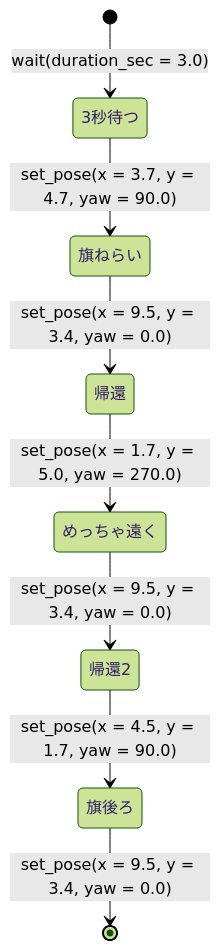
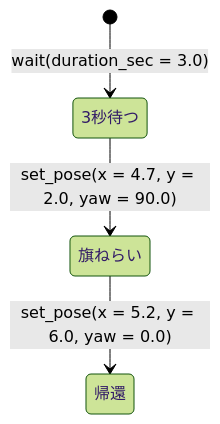
One commit to TNCT-Mechatech/2026A-ros changed the diagram in examples/natto_nhk2025_sample/state_graph/sample.md. Above: the diagram before and after it, drawn with Mermaid (forest theme).

Commit message:
feat(sample): update autonomous route

````diff
--- a/examples/natto_nhk2025_sample/state_graph/sample.md
+++ b/examples/natto_nhk2025_sample/state_graph/sample.md
@@ -1,16 +1,8 @@
 ```mermaid
 stateDiagram-v2
 
 [*] --> 3秒待つ : wait(duration_sec = 3.0)
-3秒待つ --> 旗ねらい : set_pose(x = 3.7, y = 4.7, yaw = 90.0)
-旗ねらい --> 帰還 : set_pose(x = 9.5, y = 3.4, yaw = 0.0)
-帰還 --> めっちゃ遠く : set_pose(x = 1.7, y = 5.0, yaw = 270.0)
-めっちゃ遠く --> 帰還2 : set_pose(x = 9.5, y = 3.4, yaw = 0.0)
-帰還2 --> 旗後ろ : set_pose(x = 4.5, y = 1.7, yaw = 90.0)
-旗後ろ --> [*] : set_pose(x = 9.5, y = 3.4, yaw = 0.0)
-
-
-
-
+3秒待つ --> 旗ねらい : set_pose(x = 4.7, y = 2.0, yaw = 90.0)
+旗ねらい --> 帰還 : set_pose(x = 5.2, y = 6.0, yaw = 0.0)
 
 ```
````
